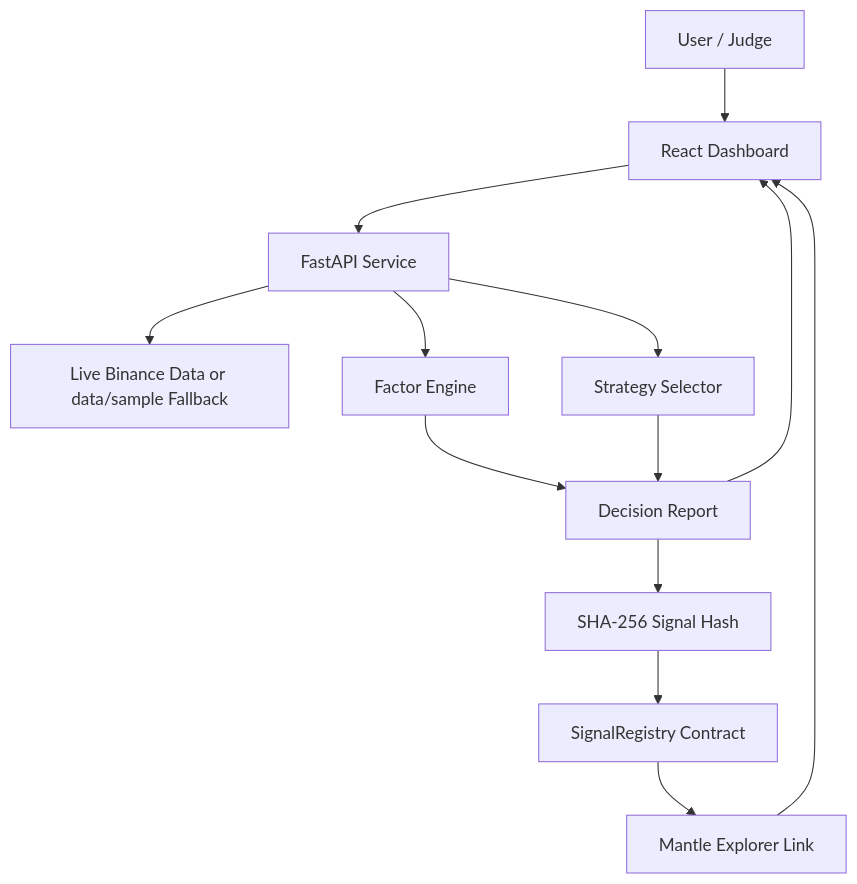
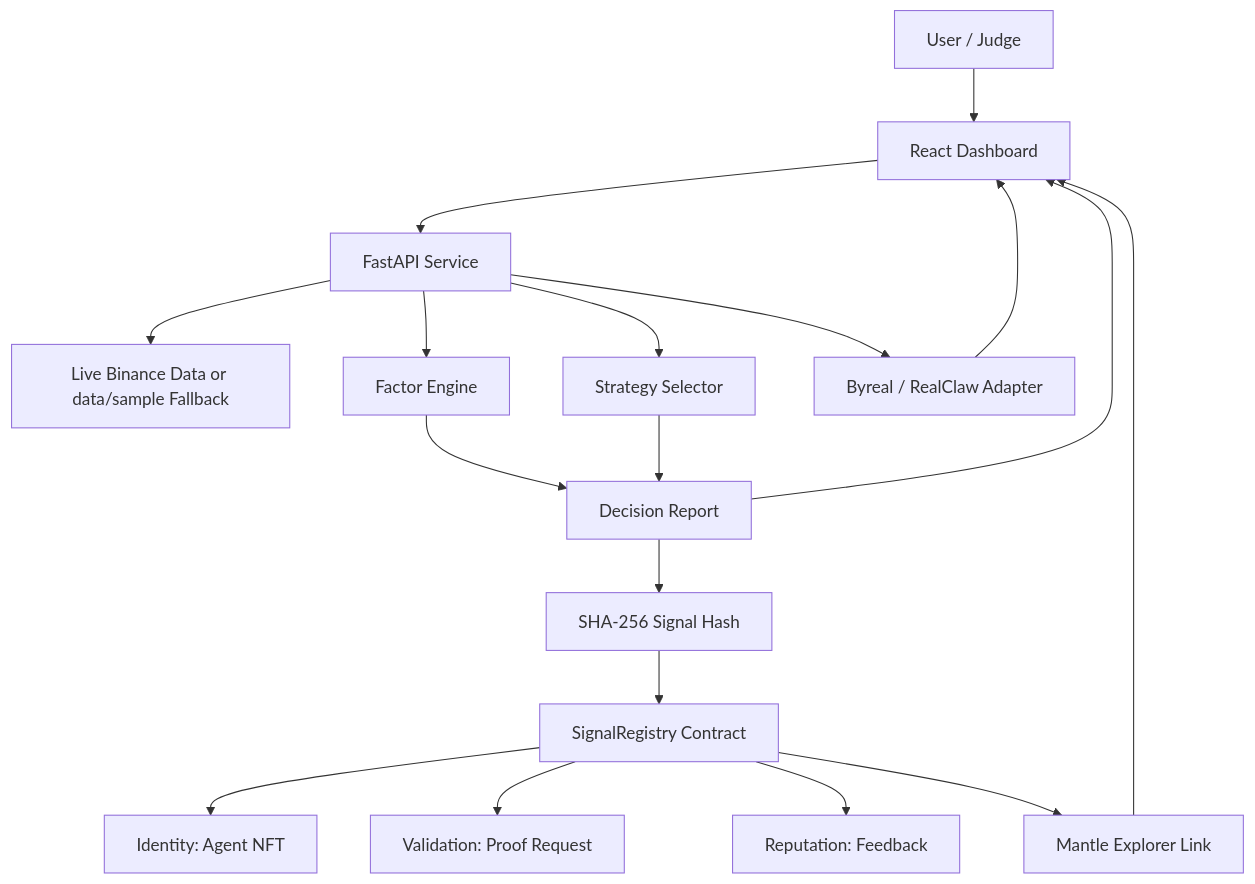
The diagram in docs/architecture-diagram.md (wuliangqi9-hue/quantagent-alpha-registry), drawn with Mermaid before and after one commit. The commit also changed other lines of this file and 32 other files, not shown here.

Commit message:
Add agent registry and reputation loop

````diff
--- a/docs/architecture-diagram.md
+++ b/docs/architecture-diagram.md
@@ -3,15 +3,20 @@
 ```mermaid
 flowchart TD
   U["User / Judge"] --> W["React Dashboard"]
   W --> API["FastAPI Service"]
   API --> DATA["Live Binance Data or data/sample Fallback"]
   API --> FE["Factor Engine"]
   API --> SS["Strategy Selector"]
+  API --> BYR["Byreal / RealClaw Adapter"]
   FE --> REPORT["Decision Report"]
   SS --> REPORT
   REPORT --> HASH["SHA-256 Signal Hash"]
   HASH --> CHAIN["SignalRegistry Contract"]
+  CHAIN --> ID["Identity: Agent NFT"]
+  CHAIN --> VAL["Validation: Proof Request"]
+  CHAIN --> REP["Reputation: Feedback"]
   CHAIN --> EXPLORER["Mantle Explorer Link"]
+  BYR --> W
   REPORT --> W
   EXPLORER --> W
 ```
````
